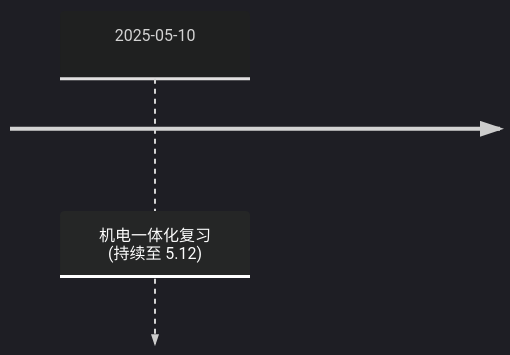
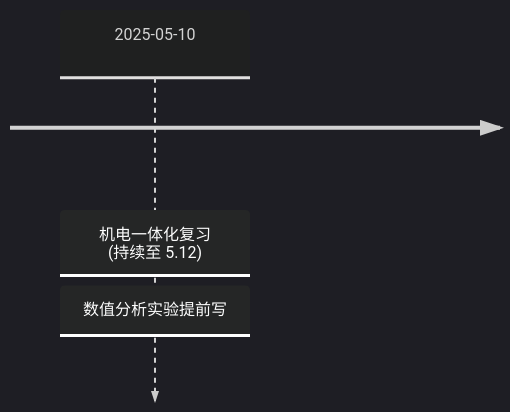
Before and after one commit to Sophomoresty/obsidian-notes: the third of 4 diagrams in 日记/规划.md, drawn with Mermaid. The commit also changed other lines of this file and 1 other file, not shown here.

````diff
--- a/日记/规划.md
+++ b/日记/规划.md
@@ -116,7 +118,8 @@
 ```mermaid
 %%{init: { 'logLevel': 'debug', 'theme': 'dark' } }%%
 timeline
 
 2025-05-10 : 机电一体化复习<br>(持续至 5.12)
+: 数值分析实验提前写
 
 ```
````
